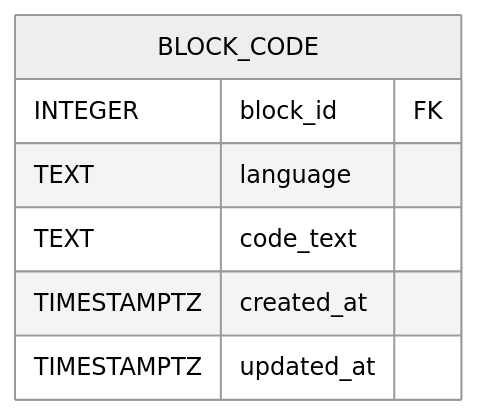
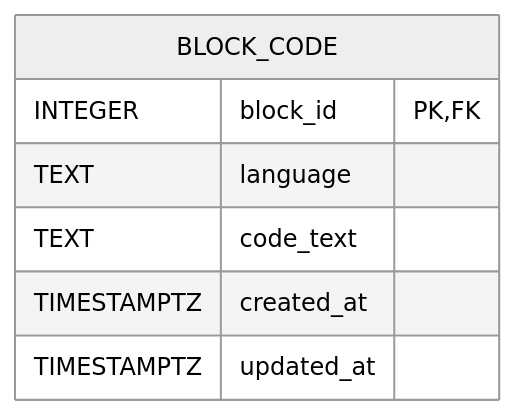
The seventh of 12 diagrams in db/normalized/relations.md (go-park-mail-ru/2025_2_FiveCode), drawn with Mermaid (neutral theme) before and after one commit. The commit also changed other lines of this file and 2 other files, not shown here.

````diff
--- a/db/normalized/relations.md
+++ b/db/normalized/relations.md
@@ -179,10 +218,10 @@
 ```mermaid
 erDiagram
-  BLOCK_CODE {
-    INTEGER block_id FK 
-    TEXT language
-    TEXT code_text 
-    TIMESTAMPTZ created_at
-    TIMESTAMPTZ updated_at
-  }
+    BLOCK_CODE {
+        INTEGER block_id PK, FK
+        TEXT language
+        TEXT code_text
+        TIMESTAMPTZ created_at
+        TIMESTAMPTZ updated_at
+    }
 ```
````
